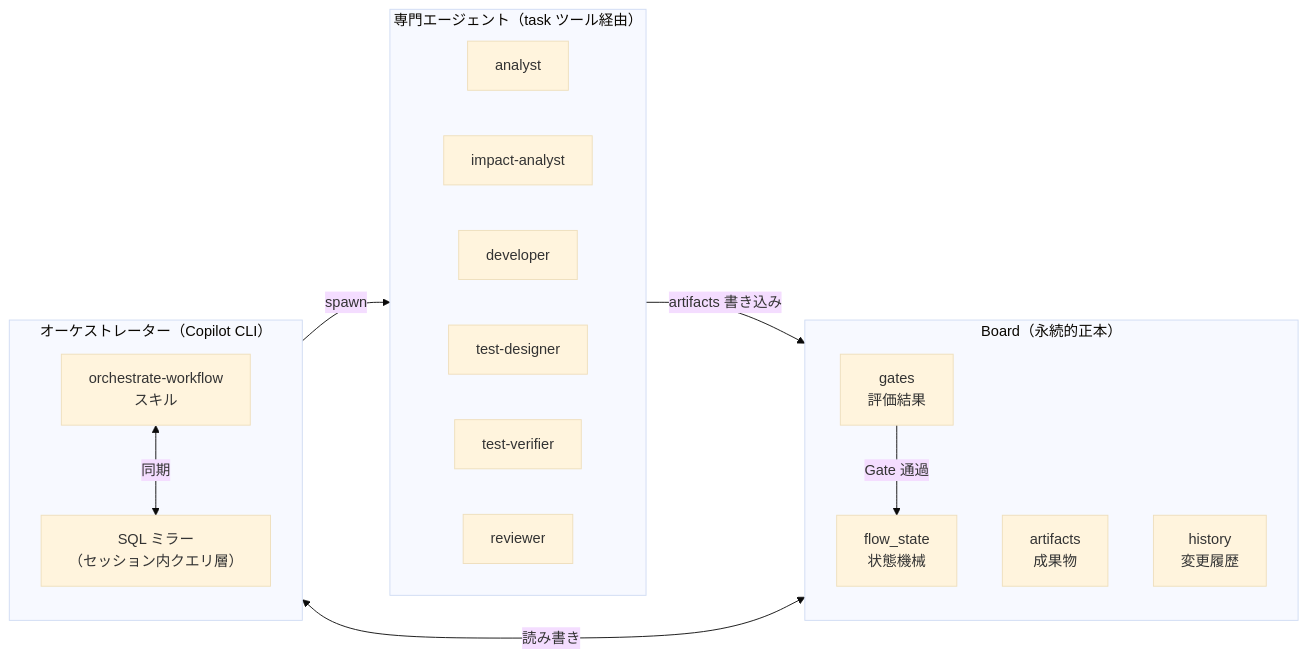
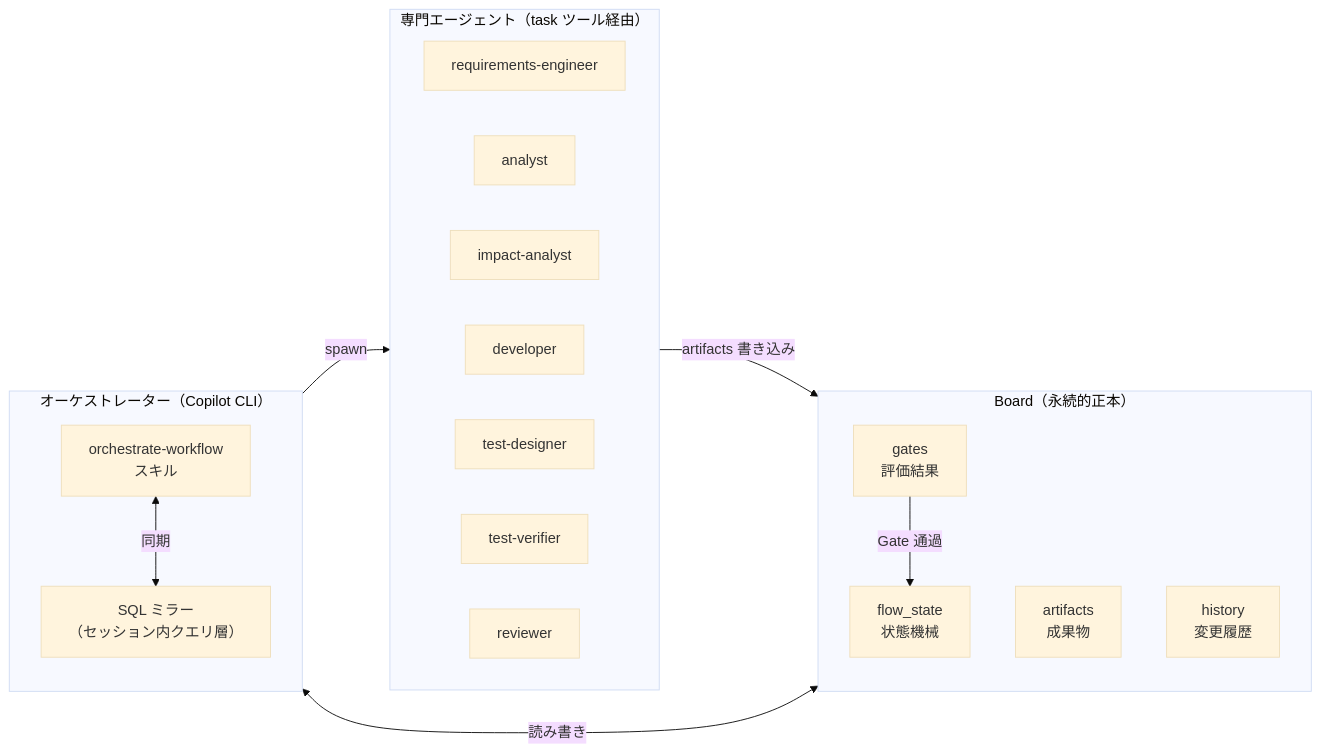
The second of 3 diagrams in README.md (nanikasheila/copilot-cli-workflow-framework), drawn with Mermaid (base theme) before and after one commit. The commit also changed other lines of this file and 3 other files, not shown here.

````diff
--- a/README.md
+++ b/README.md
@@ -254,32 +272,33 @@
 ```mermaid
 flowchart LR
     subgraph Orchestrator["オーケストレーター（Copilot CLI）"]
         direction TB
         SK["orchestrate-workflow<br/>スキル"]
         SQL["SQL ミラー<br/>（セッション内クエリ層）"]
         SK <-->|同期| SQL
     end
 
     subgraph Board["Board（永続的正本）"]
         direction TB
         FS["flow_state<br/>状態機械"]
         ART["artifacts<br/>成果物"]
         GT["gates<br/>評価結果"]
         HIST["history<br/>変更履歴"]
     end
 
     subgraph Agents["専門エージェント（task ツール経由）"]
         direction LR
+        A0["requirements-engineer"]
         A1["analyst"]
         A2["impact-analyst"]
         A3["developer"]
         A4["test-designer"]
         A5["test-verifier"]
         A6["reviewer"]
     end
 
     SK <-->|読み書き| Board
     SK -->|spawn| Agents
     Agents -->|artifacts 書き込み| ART
     GT -->|Gate 通過| FS
 ```
````
